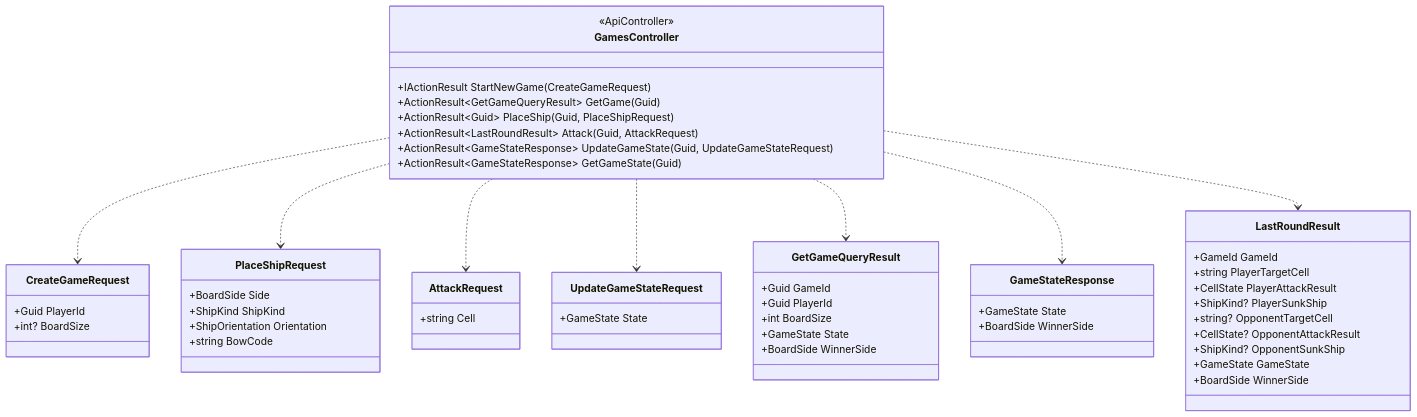
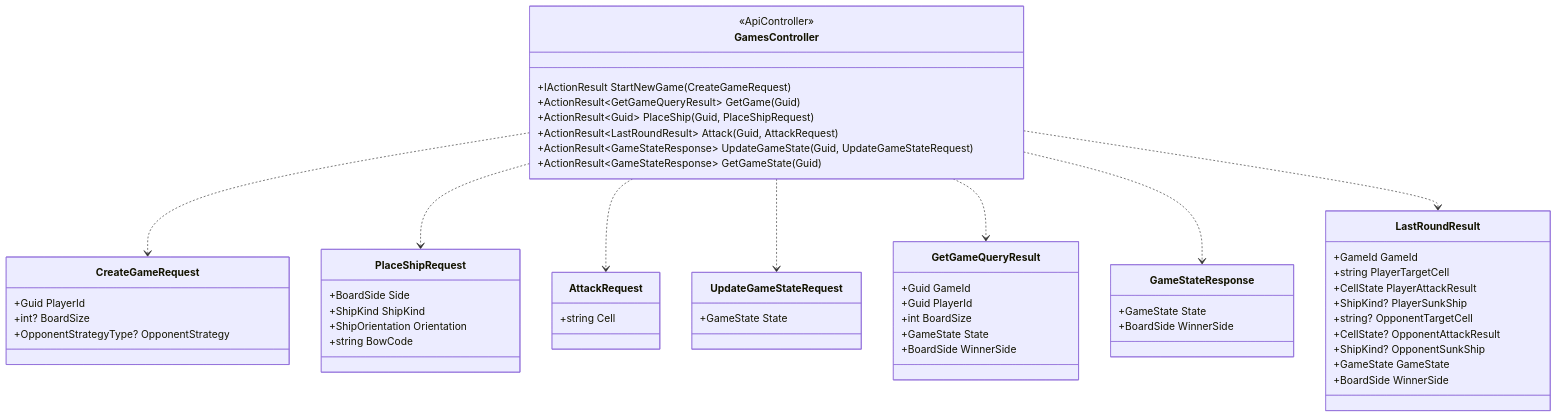
Before and after one commit to wahidshalaly/battleship-game: the third of 3 diagrams in docs/design.md, drawn with Mermaid. The commit also changed other lines of this file and 21 other files, not shown here.

````diff
--- a/docs/design.md
+++ b/docs/design.md
@@ -254,67 +262,68 @@
 ```mermaid
 classDiagram
     %% Controllers
     class GamesController {
         <<ApiController>>
         +IActionResult StartNewGame(CreateGameRequest)
         +ActionResult~GetGameQueryResult~ GetGame(Guid)
         +ActionResult~Guid~ PlaceShip(Guid, PlaceShipRequest)
         +ActionResult~LastRoundResult~ Attack(Guid, AttackRequest)
         +ActionResult~GameStateResponse~ UpdateGameState(Guid, UpdateGameStateRequest)
         +ActionResult~GameStateResponse~ GetGameState(Guid)
     }
 
     %% DTOs and Models
     class CreateGameRequest {
         +Guid PlayerId
         +int? BoardSize
+        +OpponentStrategyType? OpponentStrategy
     }
 
     class PlaceShipRequest {
         +BoardSide Side
         +ShipKind ShipKind
         +ShipOrientation Orientation
         +string BowCode
     }
 
     class AttackRequest {
         +string Cell
     }
 
     class UpdateGameStateRequest {
         +GameState State
     }
 
     class GetGameQueryResult {
         +Guid GameId
         +Guid PlayerId
         +int BoardSize
         +GameState State
         +BoardSide WinnerSide
     }
 
     class GameStateResponse {
         +GameState State
         +BoardSide WinnerSide
     }
 
     class LastRoundResult {
         +GameId GameId
         +string PlayerTargetCell
         +CellState PlayerAttackResult
         +ShipKind? PlayerSunkShip
         +string? OpponentTargetCell
         +CellState? OpponentAttackResult
         +ShipKind? OpponentSunkShip
         +GameState GameState
         +BoardSide WinnerSide
     }
 
     GamesController ..> CreateGameRequest
     GamesController ..> PlaceShipRequest
     GamesController ..> AttackRequest
     GamesController ..> UpdateGameStateRequest
     GamesController ..> GetGameQueryResult
     GamesController ..> GameStateResponse
     GamesController ..> LastRoundResult
 ```
````
